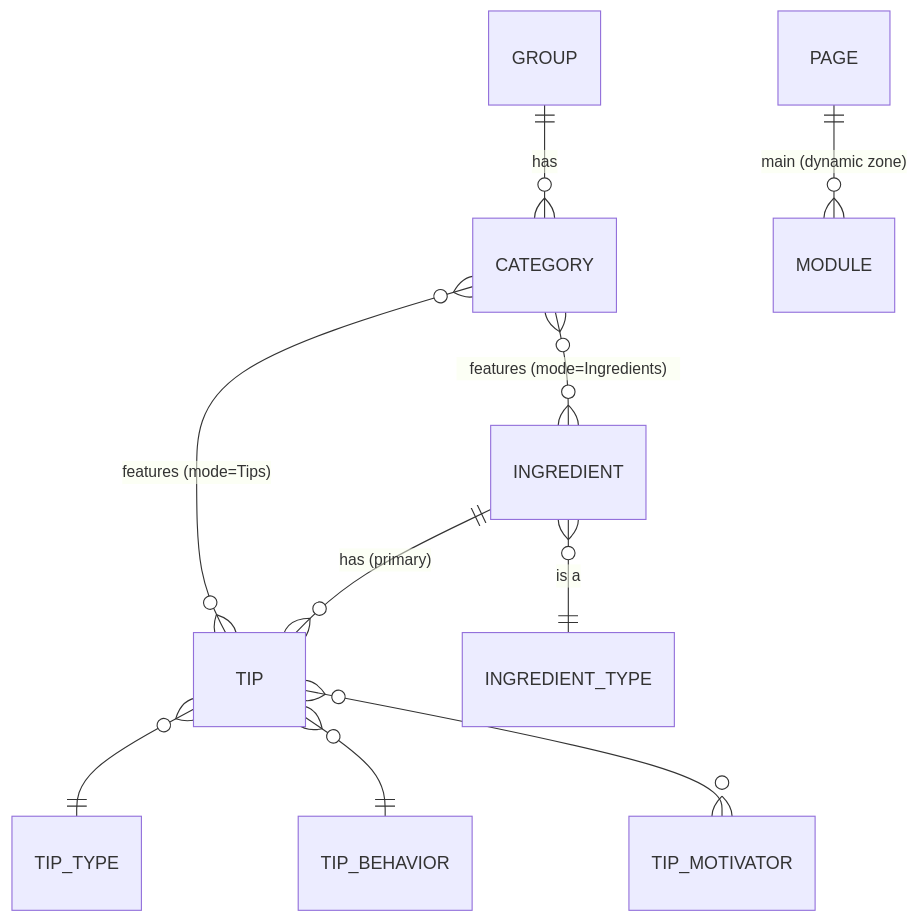
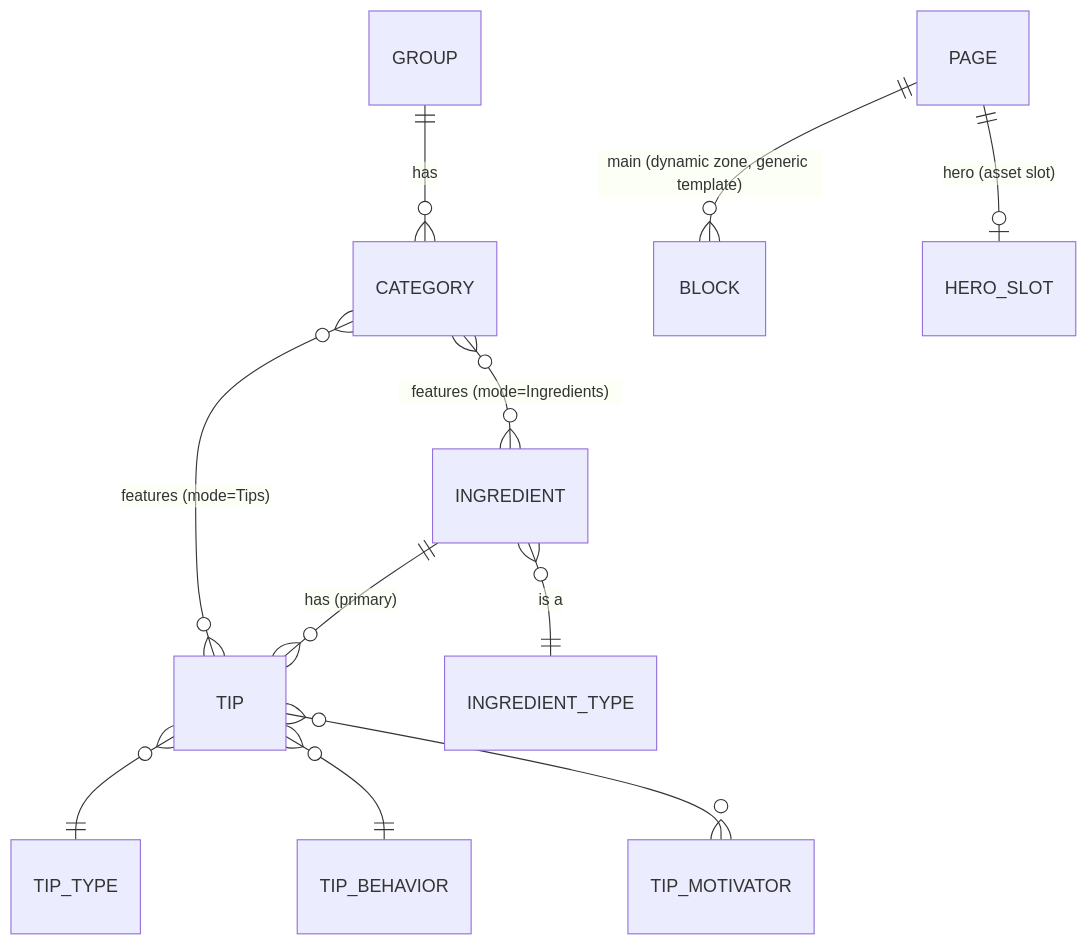
Before and after one commit to hancock01919sh/llf: the fourth of 6 diagrams in docs/TDD.md, drawn with Mermaid. The commit also changed other lines of this file and 8 other files, not shown here.

````diff
--- a/docs/TDD.md
+++ b/docs/TDD.md
@@ -461,12 +471,13 @@
 ```mermaid
 erDiagram
   GROUP ||--o{ CATEGORY : "has"
   CATEGORY }o--o{ INGREDIENT : "features (mode=Ingredients)"
   CATEGORY }o--o{ TIP : "features (mode=Tips)"
   INGREDIENT ||--o{ TIP : "has (primary)"
   INGREDIENT }o--|| INGREDIENT_TYPE : "is a"
   TIP }o--|| TIP_TYPE : ""
   TIP }o--|| TIP_BEHAVIOR : ""
   TIP }o--o{ TIP_MOTIVATOR : ""
-  PAGE ||--o{ MODULE : "main (dynamic zone)"
+  PAGE ||--o{ BLOCK : "main (dynamic zone, generic template)"
+  PAGE ||--o| HERO_SLOT : "hero (asset slot)"
 ```
````
